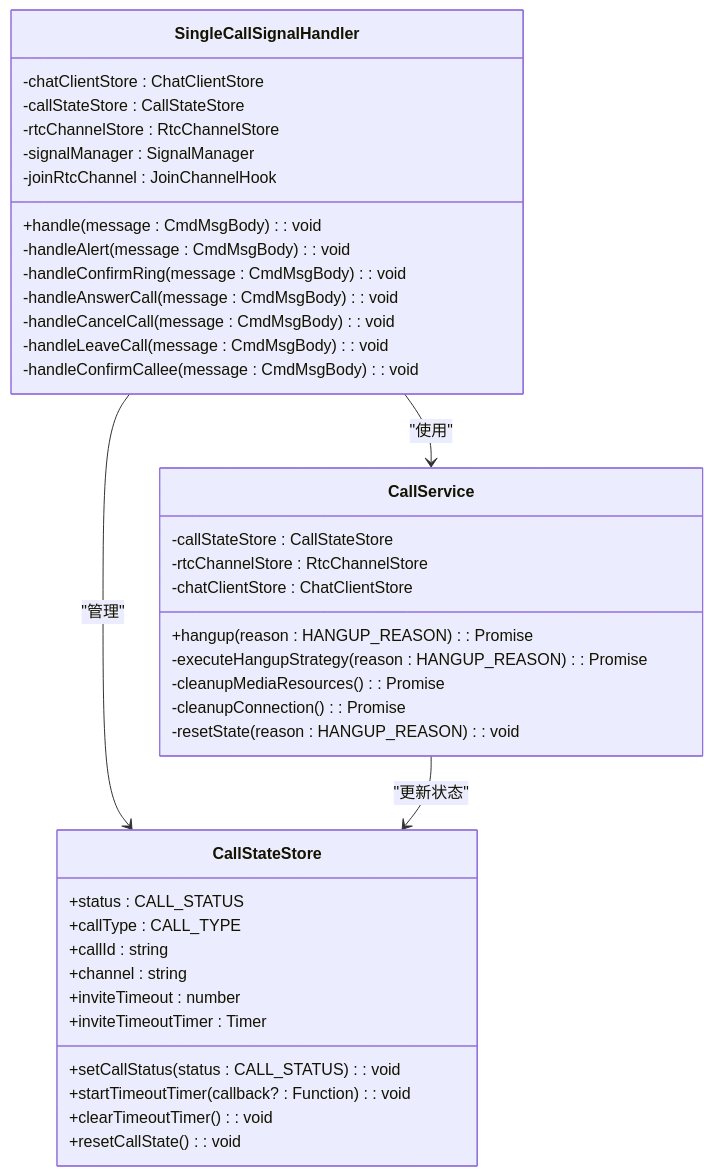
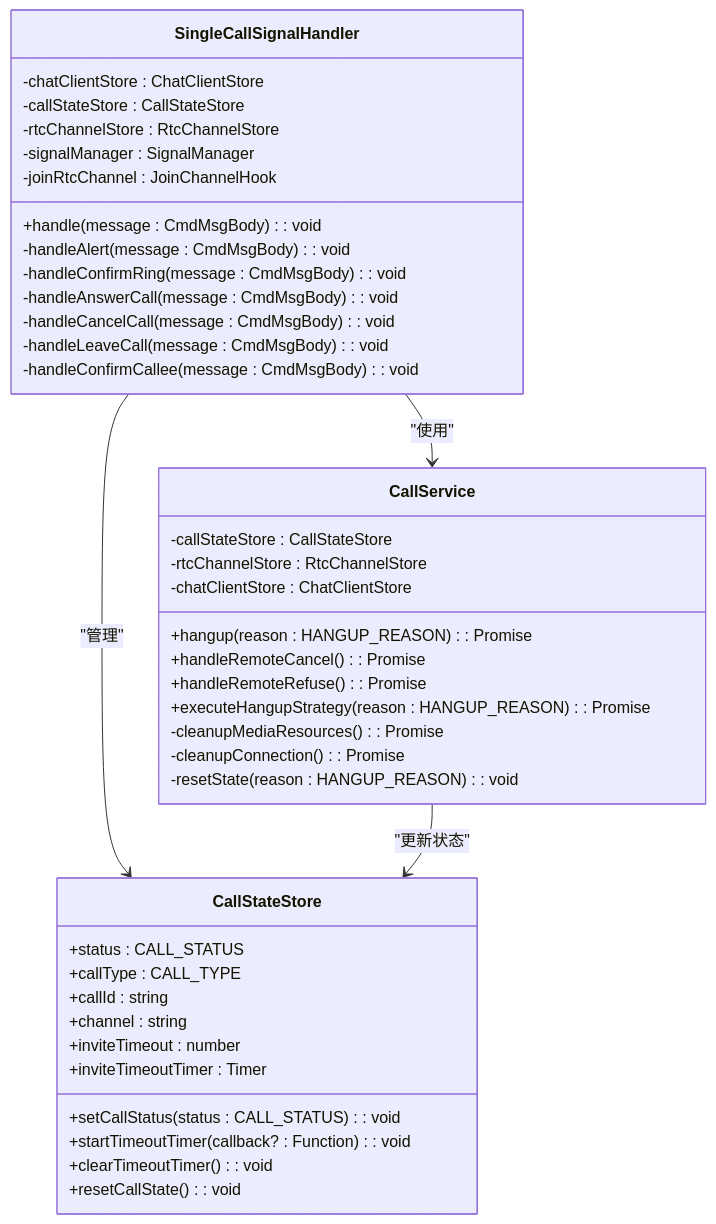
The second of 13 diagrams in .qoder/repowiki/zh/content/高级功能/单人通话信号处理器.md (Easemob-Community/easemob-uikit-callkit-vue3), drawn with Mermaid before and after one commit. The commit also changed other lines of this file and 12 other files, not shown here.

````diff
--- a/.qoder/repowiki/zh/content/高级功能/单人通话信号处理器.md
+++ b/.qoder/repowiki/zh/content/高级功能/单人通话信号处理器.md
@@ -86,42 +97,44 @@
 ```mermaid
 classDiagram
 class SingleCallSignalHandler {
 -chatClientStore : ChatClientStore
 -callStateStore : CallStateStore
 -rtcChannelStore : RtcChannelStore
 -signalManager : SignalManager
 -joinRtcChannel : JoinChannelHook
 +handle(message : CmdMsgBody) : void
 -handleAlert(message : CmdMsgBody) : void
 -handleConfirmRing(message : CmdMsgBody) : void
 -handleAnswerCall(message : CmdMsgBody) : void
 -handleCancelCall(message : CmdMsgBody) : void
 -handleLeaveCall(message : CmdMsgBody) : void
 -handleConfirmCallee(message : CmdMsgBody) : void
 }
 class CallService {
 -callStateStore : CallStateStore
 -rtcChannelStore : RtcChannelStore
 -chatClientStore : ChatClientStore
 +hangup(reason : HANGUP_REASON) : Promise<void>
--executeHangupStrategy(reason : HANGUP_REASON) : Promise<void>
++handleRemoteCancel() : Promise<void>
++handleRemoteRefuse() : Promise<void>
++executeHangupStrategy(reason : HANGUP_REASON) : Promise<void>
 -cleanupMediaResources() : Promise<void>
 -cleanupConnection() : Promise<void>
 -resetState(reason : HANGUP_REASON) : void
 }
 class CallStateStore {
 +status : CALL_STATUS
 +callType : CALL_TYPE
 +callId : string
 +channel : string
 +inviteTimeout : number
 +inviteTimeoutTimer : Timer
 +setCallStatus(status : CALL_STATUS) : void
 +startTimeoutTimer(callback? : Function) : void
 +clearTimeoutTimer() : void
 +resetCallState() : void
 }
 SingleCallSignalHandler --> CallService : "使用"
 SingleCallSignalHandler --> CallStateStore : "管理"
 CallService --> CallStateStore : "更新状态"
 ```
````
